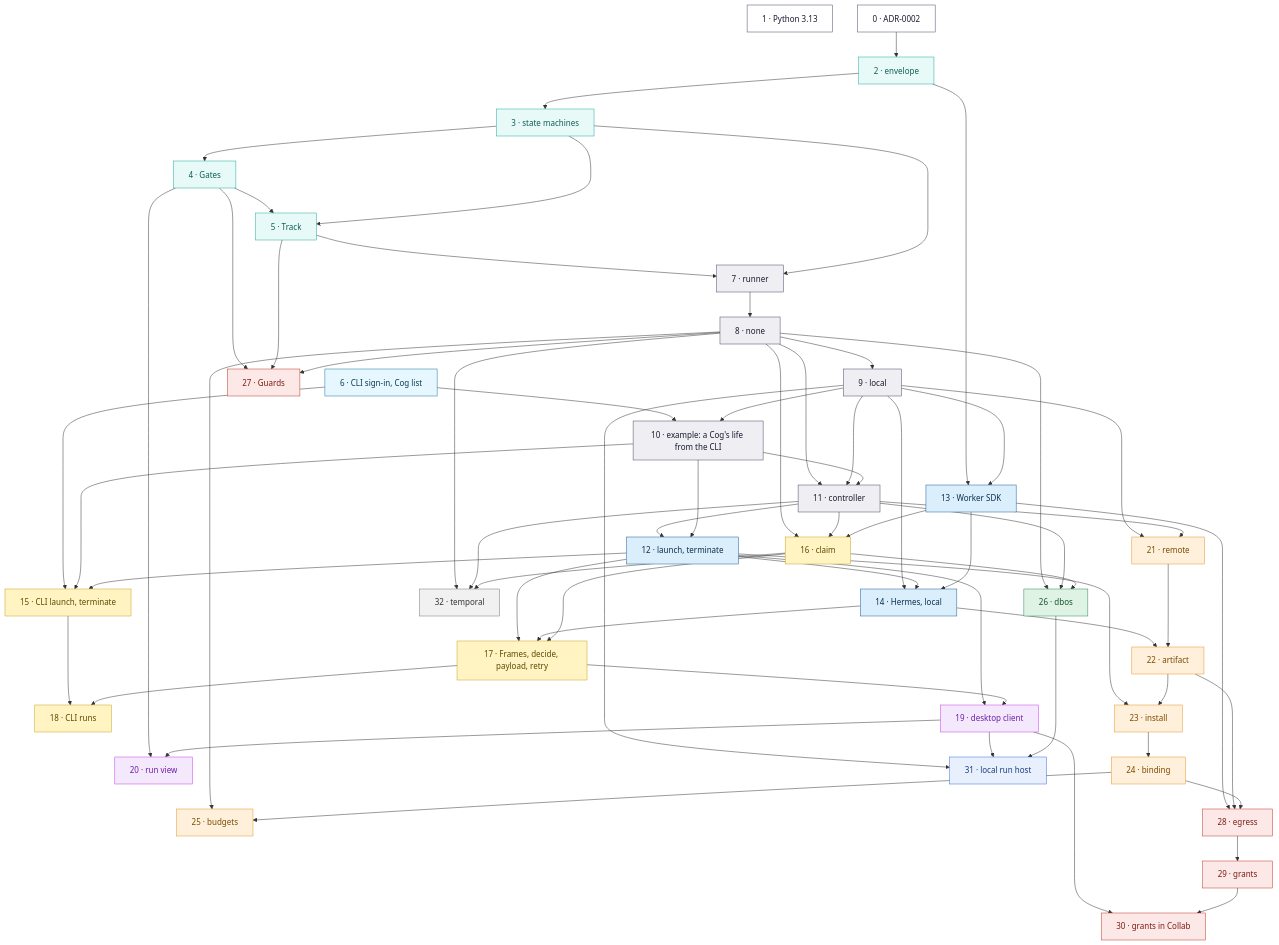
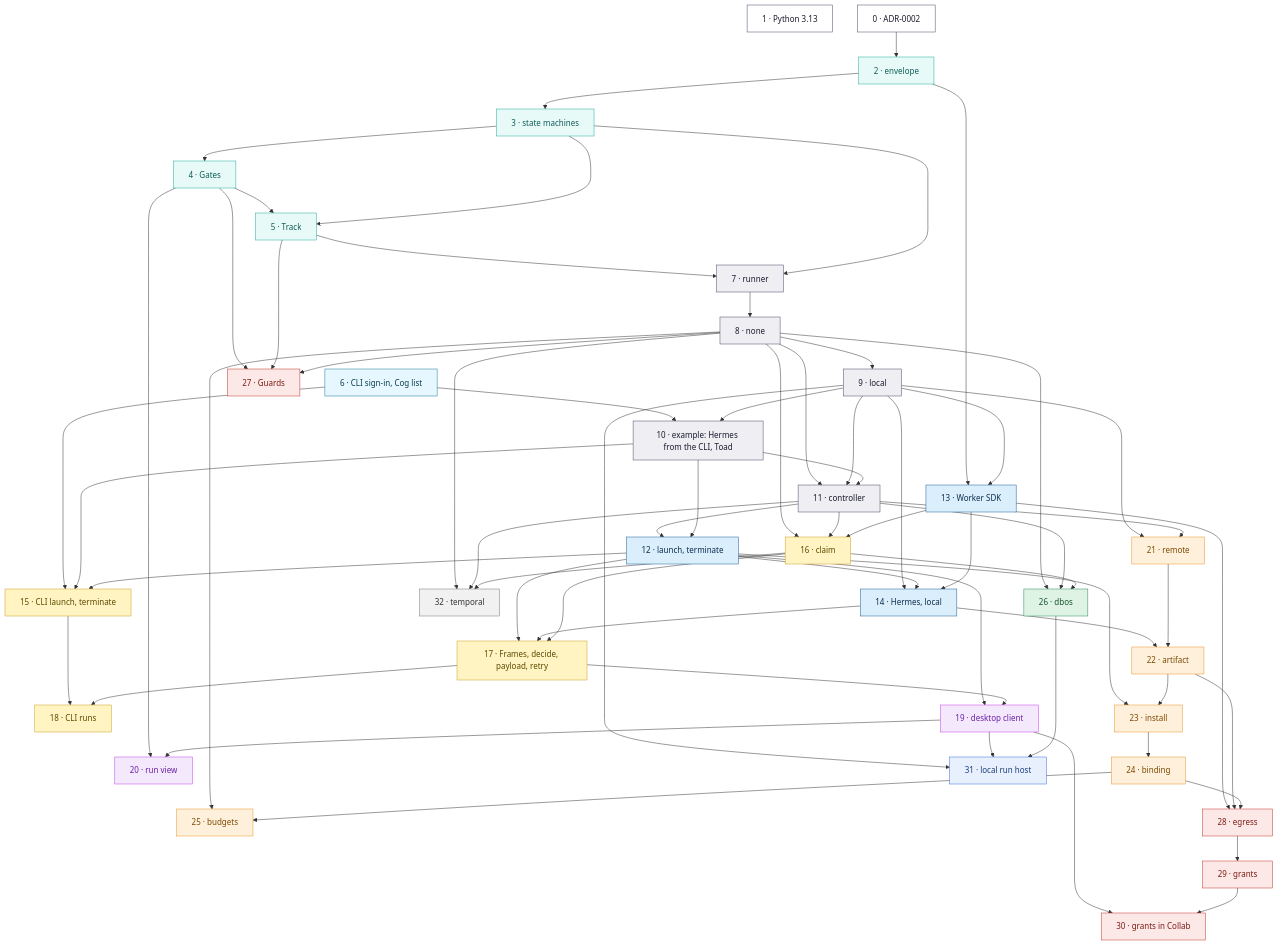
One commit to nebari-dev/collab-hub-pack changed the second of 5 diagrams in COG_EXECUTION.md. Above: the diagram before and after it, drawn with Mermaid. The commit also changed other lines of this file and 20 other files, not shown here.

First line of the commit message:
feat(runs): launch Hermes as the example's Cog, and talk to it from Toad

````diff
--- a/COG_EXECUTION.md
+++ b/COG_EXECUTION.md
@@ -1042,54 +1046,54 @@
 ```mermaid
 flowchart TD
   ph1["1 · Python 3.13"]
   ph0["0 · ADR-0002"] --> ph2["2 · envelope"] --> ph3["3 · state machines"] --> ph4["4 · Gates"] --> ph5["5 · Track"] --> ph7["7 · runner"] --> ph8["8 · none"]
   ph6["6 · CLI sign-in, Cog list"]
   ph3 --> ph5 & ph7
   ph8 --> ph9["9 · local"]
-  ph6 & ph9 --> ph10["10 · example: a Cog's life from the CLI"]
+  ph6 & ph9 --> ph10["10 · example: Hermes from the CLI, Toad"]
   ph8 & ph9 & ph10 --> ph11["11 · controller"] --> ph12["12 · launch, terminate"]
   ph2 & ph9 --> ph13["13 · Worker SDK"]
   ph9 & ph12 & ph13 --> ph14["14 · Hermes, local"]
   ph6 & ph10 & ph12 --> ph15["15 · CLI launch, terminate"]
   ph10 --> ph12
   ph8 & ph11 & ph13 --> ph16["16 · claim"]
   ph12 & ph14 & ph16 --> ph17["17 · Frames, decide, payload, retry"]
   ph15 & ph17 --> ph18["18 · CLI runs"]
   ph12 & ph17 --> ph19["19 · desktop client"]
   ph4 & ph19 --> ph20["20 · run view"]
   ph9 & ph11 --> ph21["21 · remote"]
   ph14 & ph21 --> ph22["22 · artifact"]
   ph12 & ph22 --> ph23["23 · install"] --> ph24["24 · binding"]
   ph8 & ph24 --> ph25["25 · budgets"]
   ph8 & ph11 & ph16 --> ph26["26 · dbos"]
   ph4 & ph5 & ph8 --> ph27["27 · Guards"]
   ph13 & ph22 & ph24 --> ph28["28 · egress"] --> ph29["29 · grants"]
   ph19 & ph29 --> ph30["30 · grants in Collab"]
   ph9 & ph19 & ph26 --> ph31["31 · local run host"]
   ph8 & ph11 & ph16 --> ph32["32 · temporal"]
 
   classDef m0 fill:#ffffff,stroke:#4a4a6a,color:#1a1a2e
   classDef m1 fill:#e8faf8,stroke:#20aaa1,color:#0d5d57
   classDef m2 fill:#e6f7ff,stroke:#1f7a99,color:#0b3d4d
   classDef m3 fill:#eeeef3,stroke:#4a4a6a,color:#1a1a2e
   classDef m4 fill:#dbeefc,stroke:#1f5f99,color:#0b2e4d
   classDef m5 fill:#fff4c2,stroke:#c9a227,color:#5c4a00
   classDef m6 fill:#f3e8fc,stroke:#c840e9,color:#6b21a8
   classDef m7 fill:#fef0db,stroke:#e8952c,color:#7c4a03
   classDef m8 fill:#dff3e4,stroke:#2e8b57,color:#14532d
   classDef m9 fill:#fde8e8,stroke:#c0392b,color:#7b1d14
   classDef m10 fill:#e8f0fe,stroke:#3b6fd8,color:#1c3d7a
   classDef m11 fill:#f1f1f1,stroke:#777,color:#333
   class ph0,ph1 m0
   class ph2,ph3,ph4,ph5 m1
   class ph6 m2
   class ph7,ph8,ph9,ph10,ph11 m3
   class ph12,ph13,ph14 m4
   class ph15,ph16,ph17,ph18 m5
   class ph19,ph20 m6
   class ph21,ph22,ph23,ph24,ph25 m7
   class ph26 m8
   class ph27,ph28,ph29,ph30 m9
   class ph31 m10
   class ph32 m11
 ```
````
